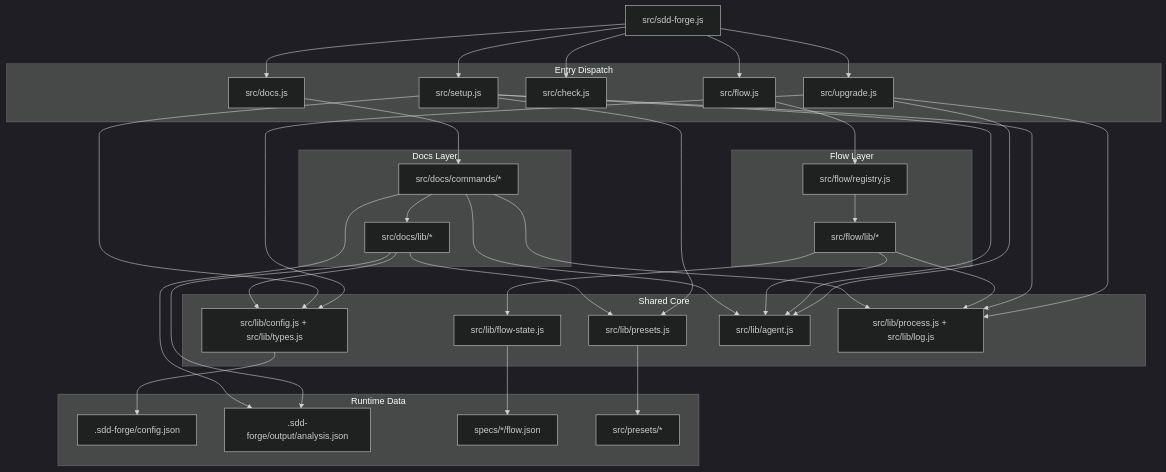
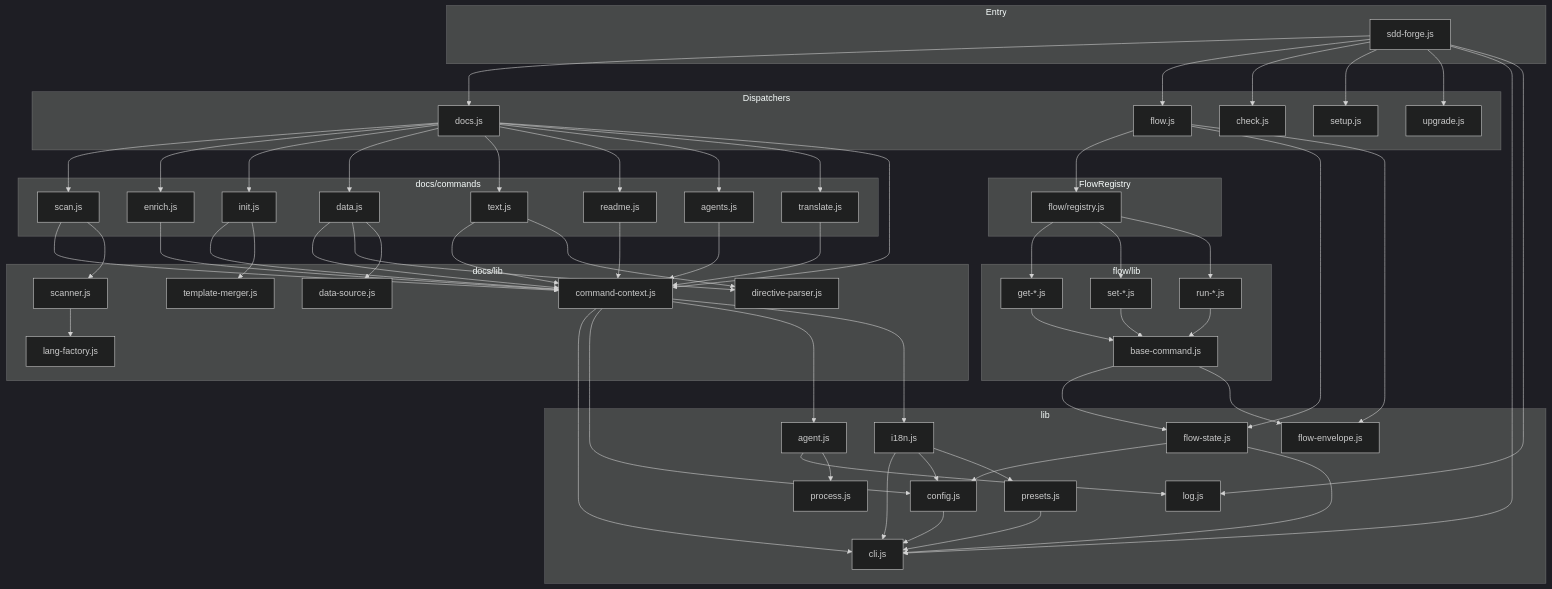
One commit to SpreadWorks/sdd-forge changed the diagram in docs/internal_design.md. Above: the diagram before and after it, drawn with Mermaid (dark theme). The commit also changed other lines of this file and 24 other files, not shown here.

````diff
--- a/docs/internal_design.md
+++ b/docs/internal_design.md
@@ -63,71 +153,98 @@
 ```mermaid
 graph TD
-  A[src/sdd-forge.js]
+    subgraph Entry
+        A[sdd-forge.js]
+    end
 
-  subgraph Entry Dispatch
-    B[src/docs.js]
-    C[src/flow.js]
-    D[src/check.js]
-    E[src/setup.js]
-    F[src/upgrade.js]
-  end
+    subgraph Dispatchers
+        B[docs.js]
+        C[flow.js]
+        D[check.js]
+        E[setup.js]
+        F[upgrade.js]
+    end
 
-  subgraph Docs Layer
-    G[src/docs/commands/*]
-    H[src/docs/lib/*]
-  end
+    subgraph DocsCommands[docs/commands]
+        G[scan.js]
+        H[enrich.js]
+        I[init.js]
+        J[data.js]
+        K[text.js]
+        L[readme.js]
+        M[agents.js]
+        N[translate.js]
+    end
 
-  subgraph Flow Layer
-    I[src/flow/registry.js]
-    J[src/flow/lib/*]
-  end
+    subgraph DocsLib[docs/lib]
+        O[command-context.js]
+        P[data-source.js]
+        Q[directive-parser.js]
+        R[scanner.js]
+        S[lang-factory.js]
+        T[template-merger.js]
+    end
 
-  subgraph Shared Core
-    K[src/lib/config.js + src/lib/types.js]
-    L[src/lib/presets.js]
-    M[src/lib/flow-state.js]
-    N[src/lib/agent.js]
-    O[src/lib/process.js + src/lib/log.js]
-  end
+    subgraph FlowLib[flow/lib]
+        U[base-command.js]
+        V[get-*.js]
+        W[set-*.js]
+        X[run-*.js]
+    end
 
-  subgraph Runtime Data
-    P[.sdd-forge/config.json]
-    Q[.sdd-forge/output/analysis.json]
-    R[specs/*/flow.json]
-    S[src/presets/*]
-  end
+    subgraph FlowRegistry
+        Y[flow/registry.js]
+    end
 
-  A --> B
-  A --> C
-  A --> D
-  A --> E
-  A --> F
+    subgraph CoreLib[lib]
+        Z[cli.js]
+        AA[config.js]
+        AB[agent.js]
+        AC[presets.js]
+        AD[flow-state.js]
+        AE[flow-envelope.js]
+        AF[i18n.js]
+        AG[log.js]
+        AH[process.js]
+    end
 
-  B --> G
-  G --> H
-  H --> K
-  H --> L
-  G --> N
-  G --> O
+    A --> B
+    A --> C
+    A --> D
+    A --> E
+    A --> F
+    A --> Z
+    A --> AG
 
-  C --> I
-  I --> J
-  J --> M
-  J --> N
-  J --> O
+    B --> G & H & I & J & K & L & M & N
+    B --> O
+    C --> Y
+    C --> AD
+    C --> AE
 
-  E --> K
-  E --> L
-  E --> N
-  E --> O
+    Y --> V & W & X
+    V & W & X --> U
+    U --> AD
+    U --> AE
 
-  F --> K
-  F --> N
-  F --> O
+    G & H & I & J & K & L & M & N --> O
+    O --> Z
+    O --> AA
+    O --> AB
+    O --> AF
 
-  K --> P
-  G --> Q
-  H --> Q
-  M --> R
-  L --> S
+    J & K --> Q
+    J --> P
+    G --> R
+    R --> S
+    I --> T
+
+    AB --> AG
+    AB --> AH
+    AD --> AA
+    AD --> Z
+    AF --> Z
+    AF --> AA
+    AF --> AC
+    AC --> Z
+    AA --> Z
 ```
````
